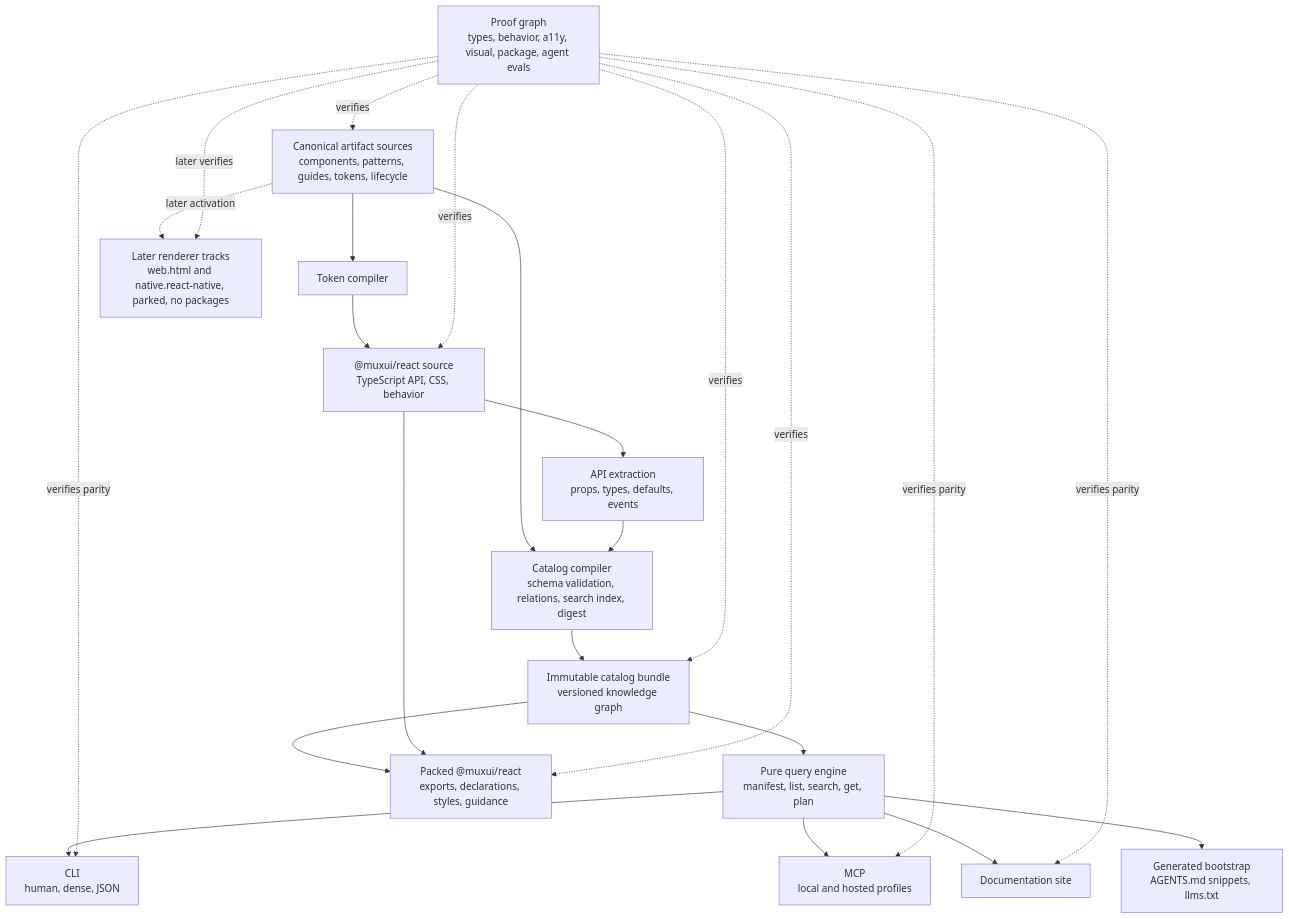
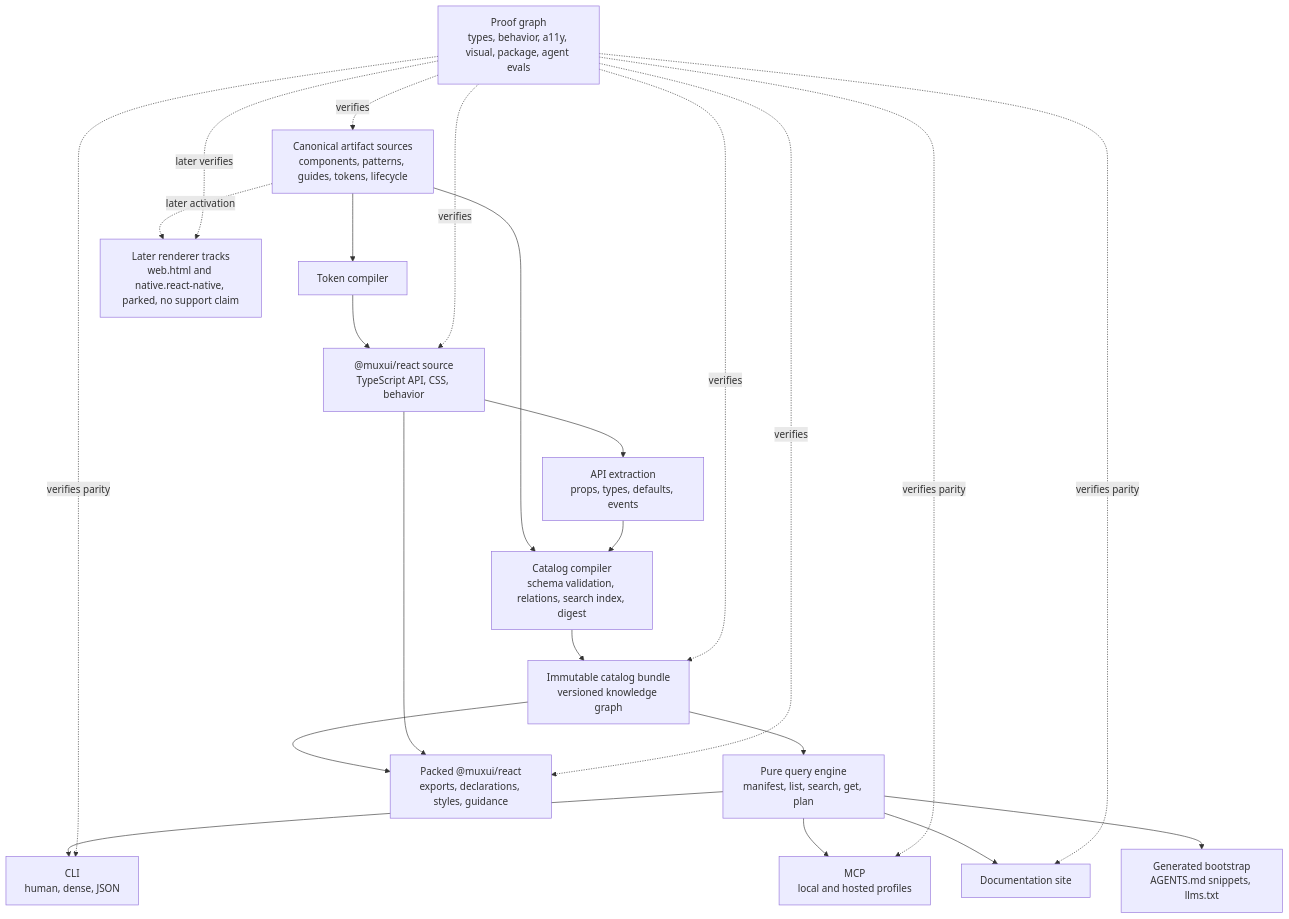
The first of 2 diagrams in strategy/monorepo-architecture.md (ndrewtran/muxui), drawn with Mermaid before and after one commit. The commit also changed other lines of this file and 3 other files, not shown here.

````diff
--- a/strategy/monorepo-architecture.md
+++ b/strategy/monorepo-architecture.md
@@ -175,39 +175,39 @@
 ```mermaid
 flowchart TD
   sources["Canonical artifact sources\ncomponents, patterns, guides, tokens, lifecycle"]
   tokens["Token compiler"]
   react["@muxui/react source\nTypeScript API, CSS, behavior"]
   extract["API extraction\nprops, types, defaults, events"]
   compiler["Catalog compiler\nschema validation, relations, search index, digest"]
   catalog["Immutable catalog bundle\nversioned knowledge graph"]
   query["Pure query engine\nmanifest, list, search, get, plan"]
   package["Packed @muxui/react\nexports, declarations, styles, guidance"]
-  later["Later renderer tracks\nweb.html and native.react-native, parked, no packages"]
+  later["Later renderer tracks\nweb.html and native.react-native, parked, no support claim"]
 
   cli["CLI\nhuman, dense, JSON"]
   mcp["MCP\nlocal and hosted profiles"]
   site["Documentation site"]
   context["Generated bootstrap\nAGENTS.md snippets, llms.txt"]
   proof["Proof graph\ntypes, behavior, a11y, visual, package, agent evals"]
 
   sources --> compiler --> catalog --> query
   sources --> tokens --> react
   react --> extract --> compiler
   catalog --> package
   react --> package
   sources -. later activation .-> later
 
   query --> cli
   query --> mcp
   query --> site
   query --> context
 
   proof -. verifies .-> sources
   proof -. verifies .-> catalog
   proof -. verifies .-> react
   proof -. verifies .-> package
   proof -. later verifies .-> later
   proof -. verifies parity .-> cli
   proof -. verifies parity .-> mcp
   proof -. verifies parity .-> site
 ```
````
